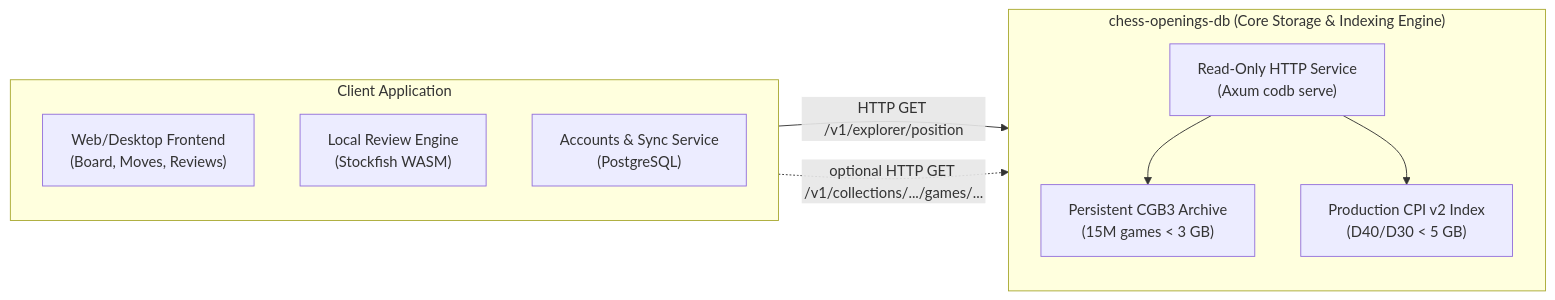
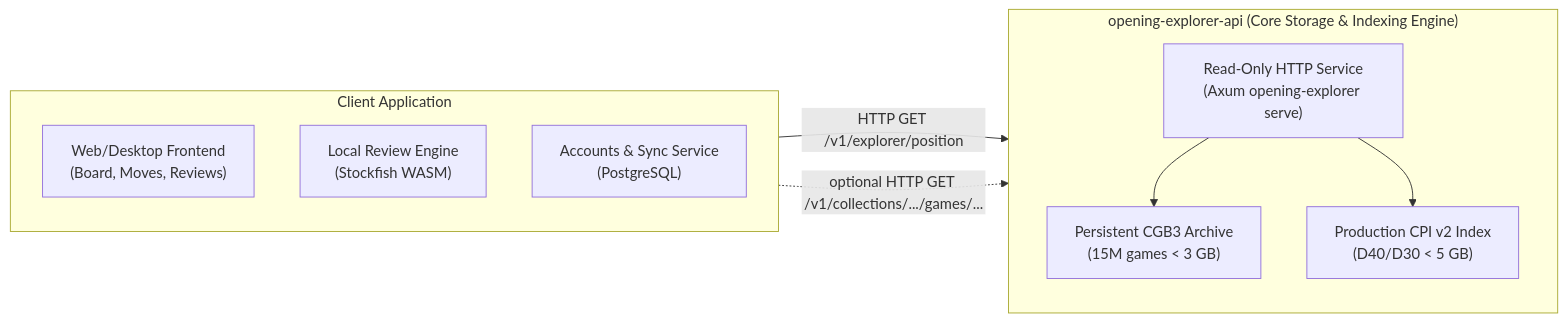
The fourth of 4 diagrams in docs/ARCHITECTURE.md (Nerver-zip/chess-database-api), drawn with Mermaid before and after one commit. The commit also changed other lines of this file and 149 other files, not shown here.

First line of the commit message:
feat: consolidate as opening-explorer-api with public dataset releases (#8)

````diff
--- a/docs/ARCHITECTURE.md
+++ b/docs/ARCHITECTURE.md
@@ -245,21 +245,21 @@
 ```mermaid
 graph LR
-    subgraph Engine["chess-openings-db (Core Storage & Indexing Engine)"]
+    subgraph Engine["opening-explorer-api (Core Storage & Indexing Engine)"]
         direction TB
         DB_STORE["Persistent CGB3 Archive<br/>(15M games < 3 GB)"]
         DB_INDEX["Production CPI v2 Index<br/>(D40/D30 < 5 GB)"]
-        DB_API["Read-Only HTTP Service<br/>(Axum codb serve)"]
+        DB_API["Read-Only HTTP Service<br/>(Axum opening-explorer serve)"]
     end
 
     subgraph Client["Client Application"]
         direction TB
         CLIENT_WEB["Web/Desktop Frontend<br/>(Board, Moves, Reviews)"]
         CLIENT_LOCAL["Local Review Engine<br/>(Stockfish WASM)"]
         CLIENT_SYNC["Accounts & Sync Service<br/>(PostgreSQL)"]
     end
 
     CLIENT_WEB -->|HTTP GET /v1/explorer/position| DB_API
     CLIENT_WEB -.->|optional HTTP GET /v1/collections/.../games/...| DB_API
     DB_API --> DB_INDEX
     DB_API --> DB_STORE
 ```
````
